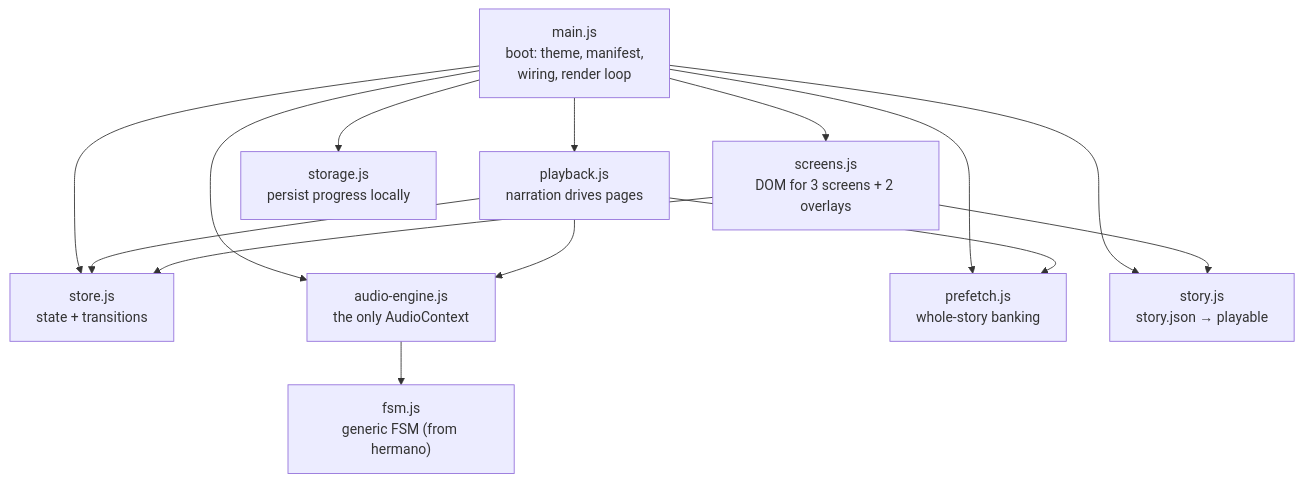
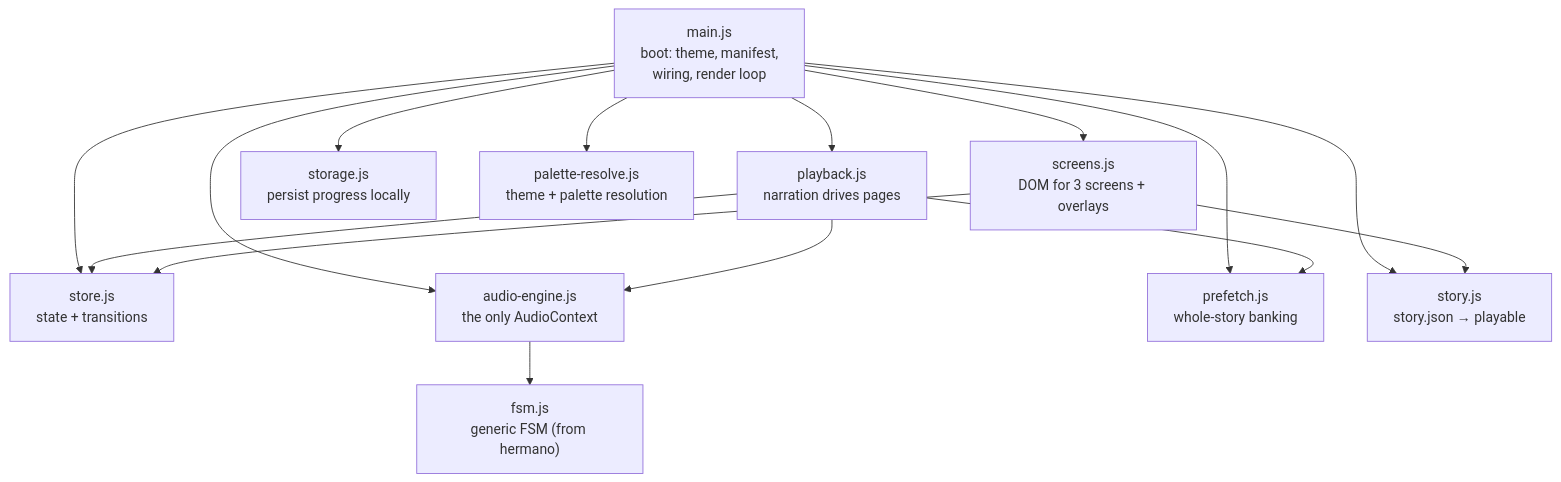
Before and after one commit to darth-dodo/cantastorie: the second of 6 diagrams in docs/system-overview.md, drawn with Mermaid. The commit also changed other lines of this file and 5 other files, not shown here.

````diff
--- a/docs/system-overview.md
+++ b/docs/system-overview.md
@@ -56,17 +56,18 @@
 ```mermaid
 flowchart TD
     main["main.js<br/>boot: theme, manifest,<br/>wiring, render loop"]
     store["store.js<br/>state + transitions"]
     playback["playback.js<br/>narration drives pages"]
     engine["audio-engine.js<br/>the only AudioContext"]
     fsm["fsm.js<br/>generic FSM (from hermano)"]
     prefetch["prefetch.js<br/>whole-story banking"]
     story["story.js<br/>story.json → playable"]
-    screens["screens.js<br/>DOM for 3 screens + 2 overlays"]
+    screens["screens.js<br/>DOM for 3 screens + overlays"]
     storage["storage.js<br/>persist progress locally"]
+    palette["palette-resolve.js<br/>theme + palette resolution"]
 
-    main --> store & playback & engine & prefetch & story & screens & storage
+    main --> store & playback & engine & prefetch & story & screens & storage & palette
     playback --> store & engine & prefetch
     engine --> fsm
     screens --> story & store
 ```
````
